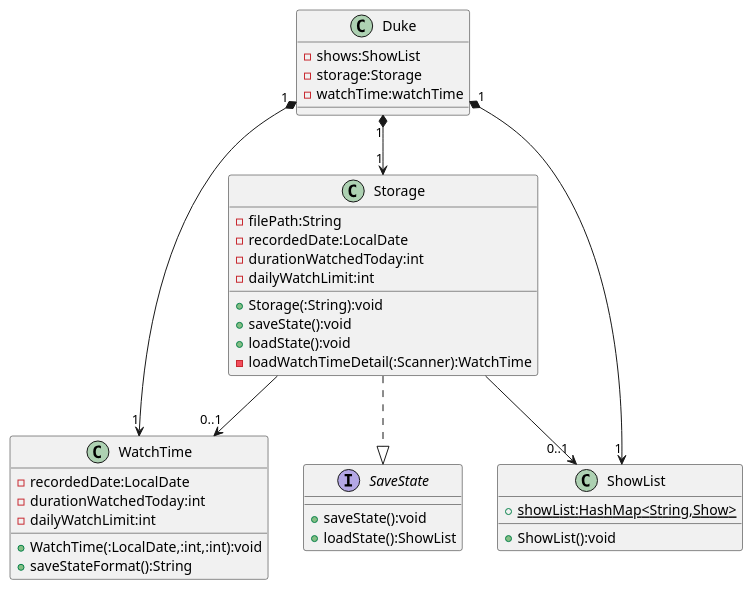
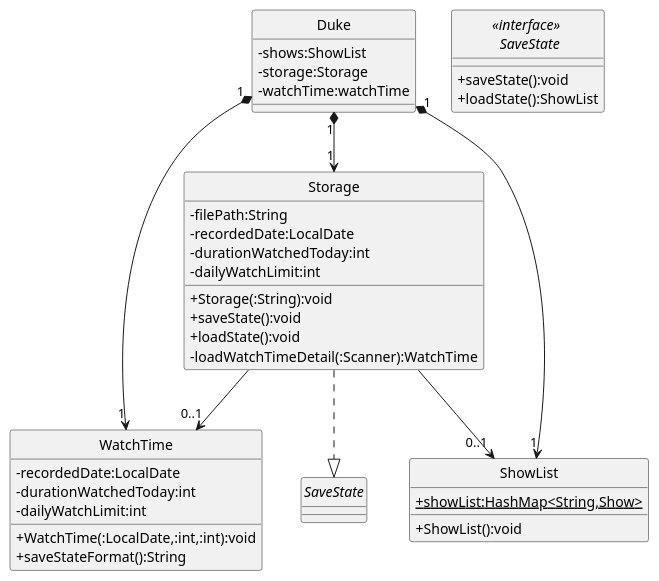
One commit to nus-cs2113-AY2021S1/tp changed the diagram in diagrams/StorageClassDiagram.puml. Above: the diagram before and after it, drawn with PlantUML.

Commit message:
Minor changes to class diagram to adhere to correct format

```diff
--- a/diagrams/StorageClassDiagram.puml
+++ b/diagrams/StorageClassDiagram.puml
@@ -1,49 +1,51 @@
 @startuml
 
+hide circle
+skinparam classAttributeIconSize 0
 class Duke
 class Storage
 interface SaveState
 class WatchTime
 class ShowList
 
 Duke "1" *--> "1" Storage
 Storage ..|> SaveState
 Duke "1" *--> "1" WatchTime
 Storage --> "0..1" WatchTime
 Duke "1" *--> "1" ShowList
 Storage --> "0..1" ShowList
 
 class ShowList {
 + {static} showList:HashMap<String,Show>
 + ShowList():void
 }
 class WatchTime {
 -recordedDate:LocalDate
 -durationWatchedToday:int
 -dailyWatchLimit:int
 + WatchTime(:LocalDate,:int,:int):void
 + saveStateFormat():String
 }
 
-interface SaveState {
+interface "<<interface>> \n SaveState" {
 +saveState():void
 +loadState():ShowList
 }
 
 class Storage {
 -filePath:String
 -recordedDate:LocalDate
 -durationWatchedToday:int
 -dailyWatchLimit:int
 +Storage(:String):void
 +saveState():void
 +loadState():void
 -loadWatchTimeDetail(:Scanner):WatchTime
 }
 
 class Duke{
 -shows:ShowList
 -storage:Storage
 -watchTime:watchTime
 }
 @enduml
```
